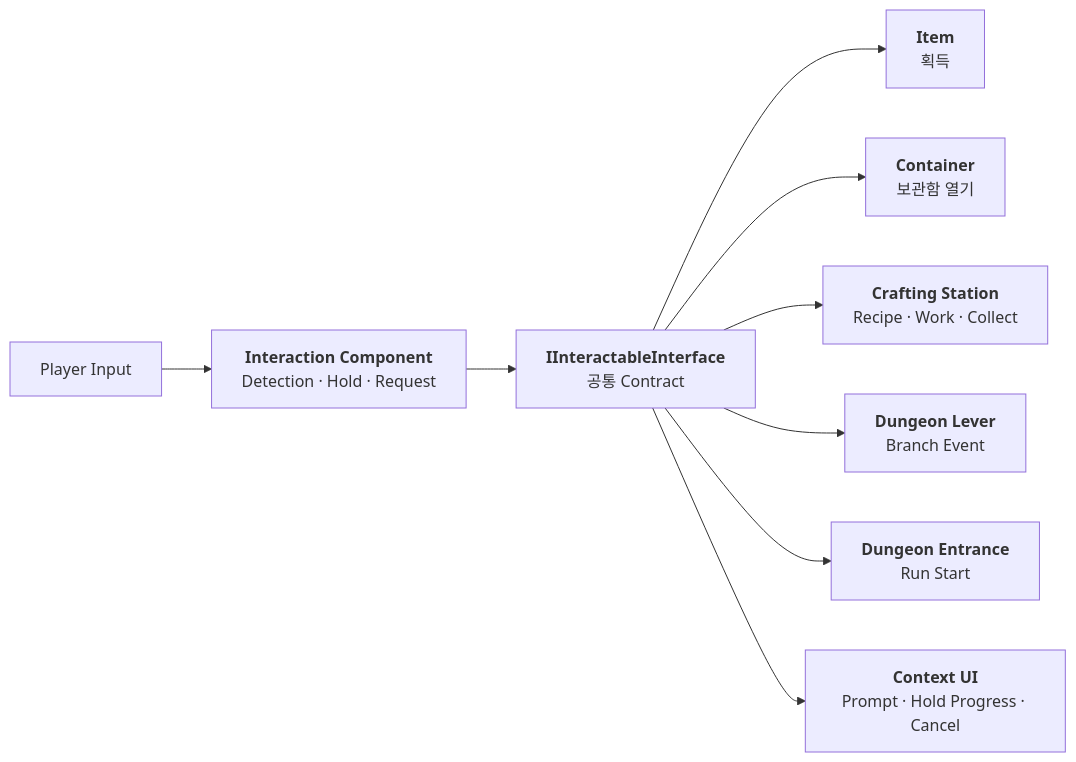
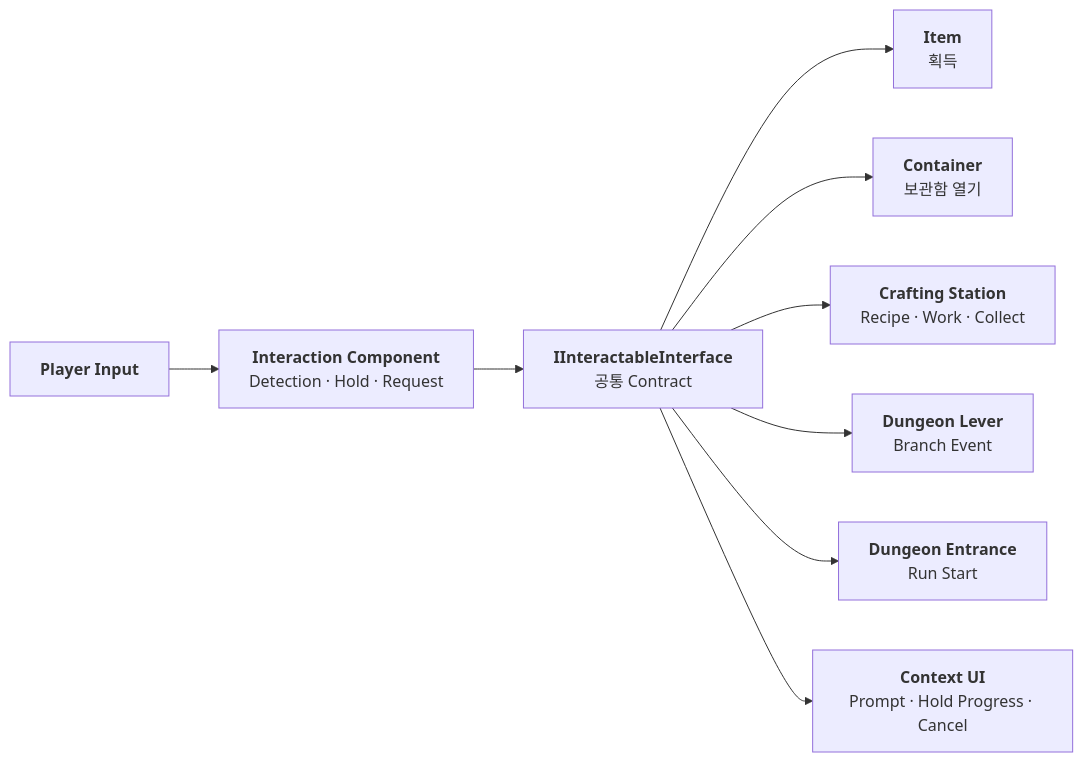
Before and after one commit to chungheonLee0325/Sonheim: the diagram in Doc/Wiki/06_World_Interaction_Systems.md, drawn with Mermaid.

Commit message:
docs: standardize mermaid node hierarchy

```diff
--- a/Doc/Wiki/06_World_Interaction_Systems.md
+++ b/Doc/Wiki/06_World_Interaction_Systems.md
@@ -11,24 +11,24 @@
 ~~~mermaid
 flowchart LR
-    INPUT["Player Input"]
+    INPUT["<b>Player Input</b>"]
     COMP["<b>Interaction Component</b><br/>Detection · Hold · Request"]
     API["<b>IInteractableInterface</b><br/>공통 Contract"]
 
     ITEM["<b>Item</b><br/>획득"]
     BOX["<b>Container</b><br/>보관함 열기"]
     CRAFT["<b>Crafting Station</b><br/>Recipe · Work · Collect"]
     LEVER["<b>Dungeon Lever</b><br/>Branch Event"]
     PORTAL["<b>Dungeon Entrance</b><br/>Run Start"]
 
     UI["<b>Context UI</b><br/>Prompt · Hold Progress · Cancel"]
 
     INPUT --> COMP
     COMP --> API
     API --> ITEM
     API --> BOX
     API --> CRAFT
     API --> LEVER
     API --> PORTAL
 
     API --> UI
 ~~~
```
